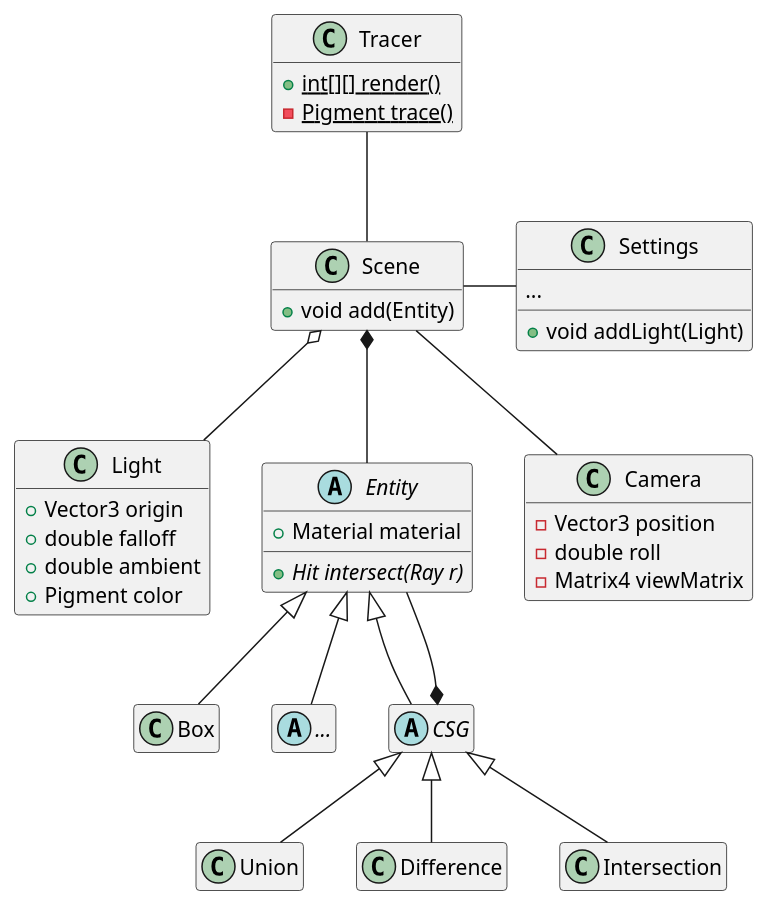
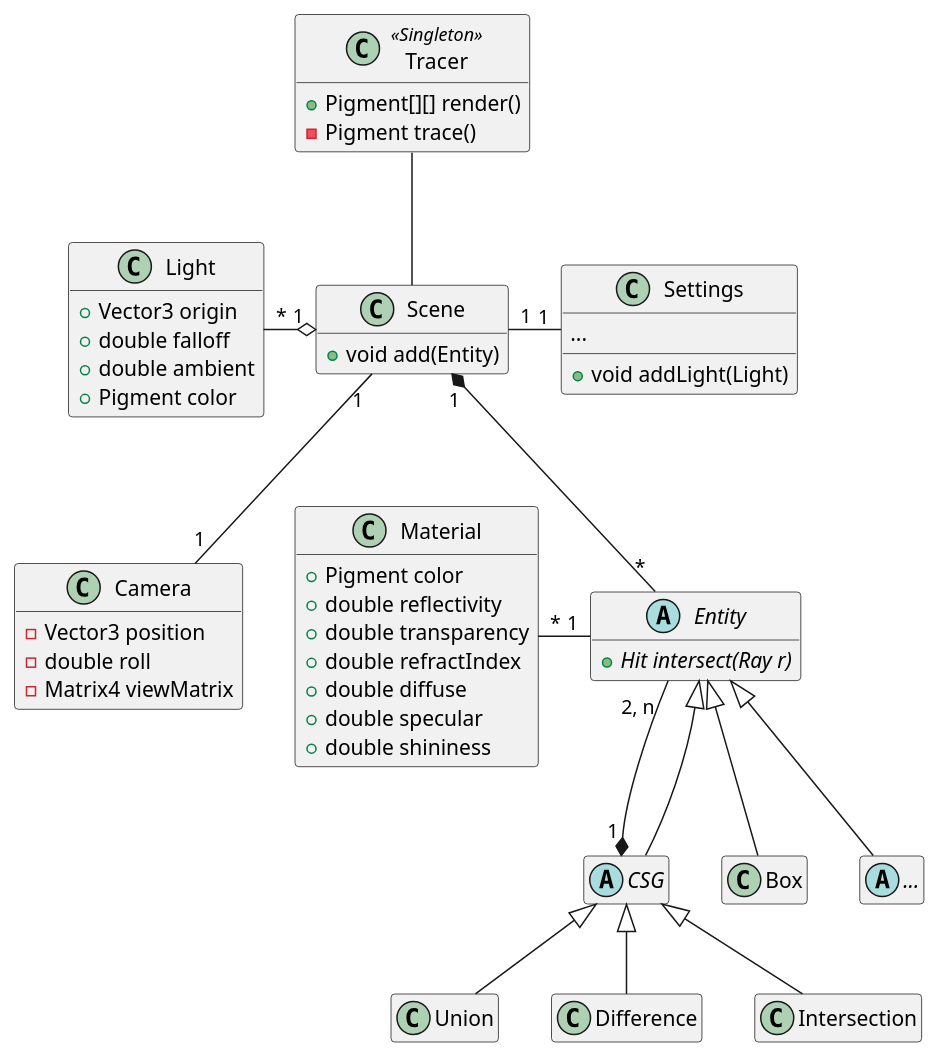
One commit to Tenchi2xh/CRT changed the diagram in doc/uml/rendering_edit.puml. Above: the diagram before and after it, drawn with PlantUML. The commit also changed 30 other files, not shown here.

Commit message:
Refactored prototype ray tracing module, changed structure according to new UML.TODO:- Finish missing javadocs- Correct all encapsulations- Correct camera matrix- General cleanup- Continue thesis

```diff
--- a/doc/uml/rendering_edit.puml
+++ b/doc/uml/rendering_edit.puml
@@ -1,71 +1,88 @@
 @startuml
 
 set namespaceSeparator none
 hide empty members
 
-class Tracer {
-    + {static} int[][] render()
-    - {static} Pigment trace()
+class Tracer <<Singleton>> {
+    + Pigment[][] render()
+    - Pigment trace()
 }
 
 hide Tracer fields
 
 class Scene {
     + void add(Entity)
 }
 
 hide Scene fields
 
 class Settings {
     ...
     + void addLight(Light)
 }
 
 class Light {
     + Vector3 origin
     + double falloff
     + double ambient
     + Pigment color
 }
 
 hide Light methods
 
 abstract class Entity {
-    + Material material
     + {abstract} Hit intersect(Ray r)
 }
+
+hide Entity attributes
+
+class Material {
+    + Pigment color
+    + double reflectivity
+    + double transparency
+    + double refractIndex
+    + double diffuse
+    + double specular
+    + double shininess
+}
+
+hide Material methods
 
 class Camera {
     - Vector3 position
     - double roll
     - Matrix4 viewMatrix
 }
 
 hide Camera methods
 
+
+abstract class CSG
 class Box
 abstract class "..."
 
-abstract class CSG
 class Union
 class Difference
 class Intersection
 
-Scene o-- Light
-Scene *-- Entity
-Scene -- Camera
+Entity "1" -left- "*" Material
 
+Scene "1" o-left- "*" Light
+Scene "1" -- "1" Camera
+Scene "1" *-- "*" Entity
+
+CSG "1" *-up- "2, n "  Entity
+
+Entity <|-- CSG
 Entity <|-- Box
 Entity <|-- "..."
-Entity <|-- CSG
 
-CSG *-- Entity
 
-Scene -right- Settings
+Scene "1" -right- "1" Settings
 Tracer -- Scene
 
 CSG <|-- Union
 CSG <|-- Difference
 CSG <|-- Intersection
 
 @enduml
```
